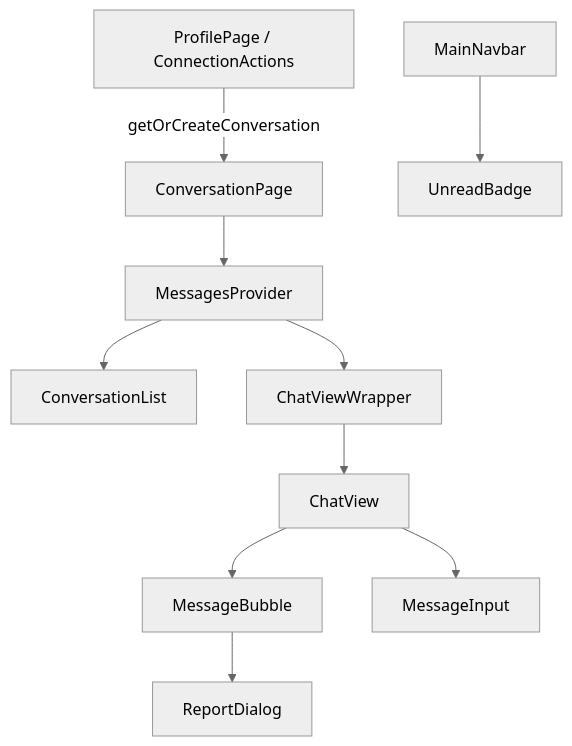
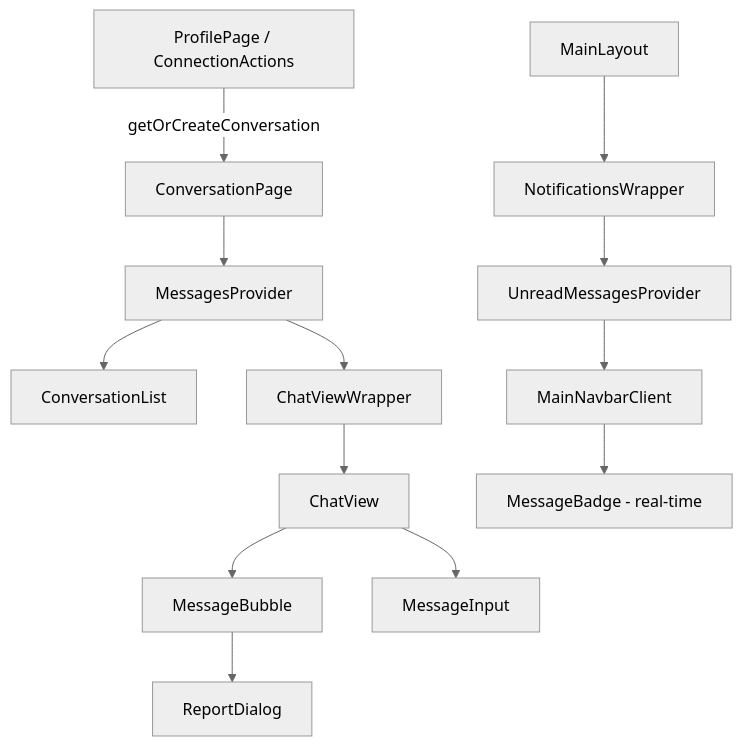
The first of 5 diagrams in docs/features/real-time-messaging.md (sonha2409/alumni-network), drawn with Mermaid (neutral theme) before and after one commit. The commit also changed other lines of this file and 8 other files, not shown here.

First line of the commit message:
feat: real-time unread message badge in navbar + mobile attachment fix

````diff
--- a/docs/features/real-time-messaging.md
+++ b/docs/features/real-time-messaging.md
@@ -15,12 +15,15 @@
 ```mermaid
 graph TD
     A[ConversationPage] --> B[MessagesProvider]
     B --> C[ConversationList]
     B --> D[ChatViewWrapper]
     D --> E[ChatView]
     E --> F[MessageBubble]
     E --> G[MessageInput]
     F --> H[ReportDialog]
-    I[MainNavbar] --> J[UnreadBadge]
-    K[ProfilePage / ConnectionActions] -->|getOrCreateConversation| A
+    I[MainLayout] --> J[NotificationsWrapper]
+    J --> K2[UnreadMessagesProvider]
+    K2 --> L[MainNavbarClient]
+    L --> M[MessageBadge - real-time]
+    N[ProfilePage / ConnectionActions] -->|getOrCreateConversation| A
 ```
````
